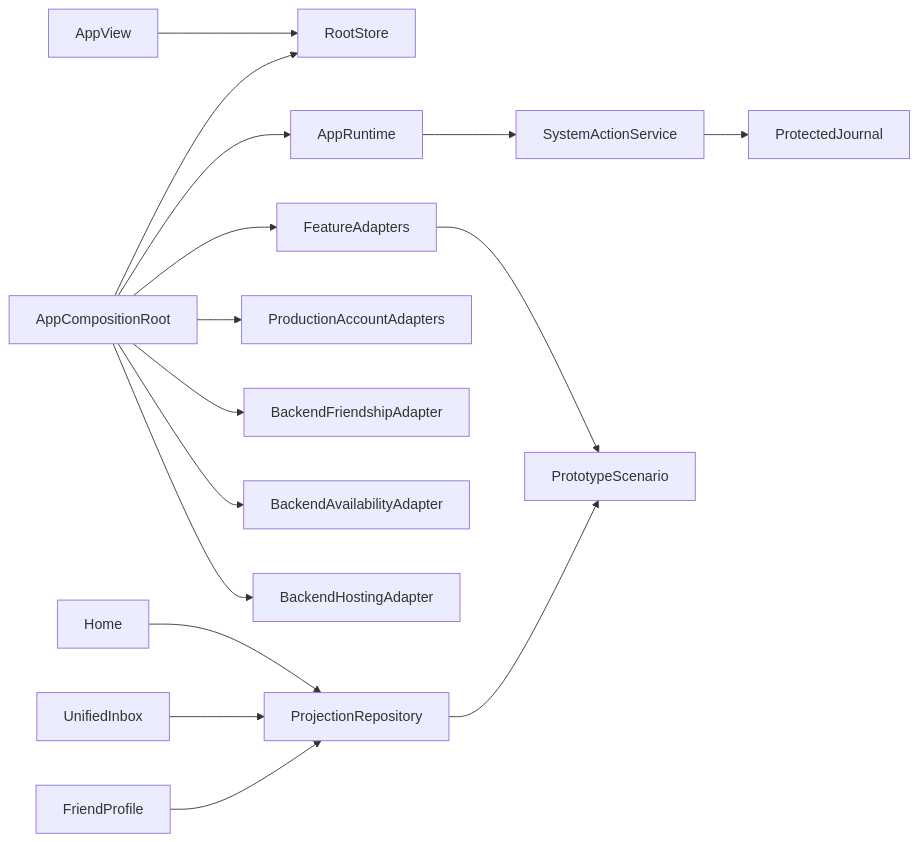
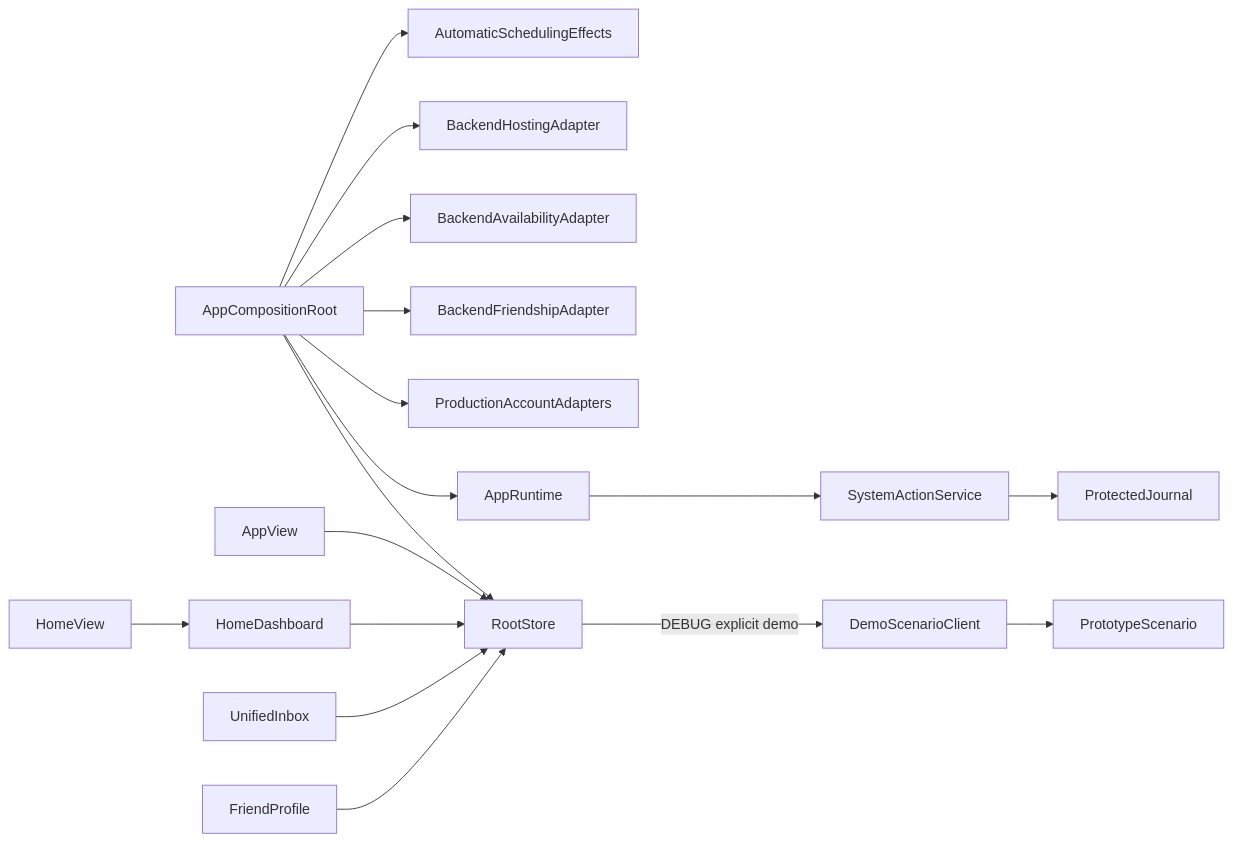
One commit to beyond-labo/free-time-matching changed the diagram in .kiro/specs/ios-app-integration/design.md. Above: the diagram before and after it, drawn with Mermaid. The commit also changed other lines of this file and 49 other files, not shown here.

````diff
--- a/.kiro/specs/ios-app-integration/design.md
+++ b/.kiro/specs/ios-app-integration/design.md
@@ -56,18 +56,19 @@
 ```mermaid
 graph LR
     AppCompositionRoot --> RootStore
     AppCompositionRoot --> AppRuntime
     AppRuntime --> SystemActionService
     SystemActionService --> ProtectedJournal
     AppView --> RootStore
-    AppCompositionRoot --> FeatureAdapters
+    HomeView --> HomeDashboard
+    HomeDashboard --> RootStore
+    UnifiedInbox --> RootStore
+    FriendProfile --> RootStore
     AppCompositionRoot --> ProductionAccountAdapters
     AppCompositionRoot --> BackendFriendshipAdapter
     AppCompositionRoot --> BackendAvailabilityAdapter
     AppCompositionRoot --> BackendHostingAdapter
-    FeatureAdapters --> PrototypeScenario
-    ProjectionRepository --> PrototypeScenario
-    Home --> ProjectionRepository
-    UnifiedInbox --> ProjectionRepository
-    FriendProfile --> ProjectionRepository
+    AppCompositionRoot --> AutomaticSchedulingEffects
+    DemoScenarioClient --> PrototypeScenario
+    RootStore -->|DEBUG explicit demo| DemoScenarioClient
 ```
````
